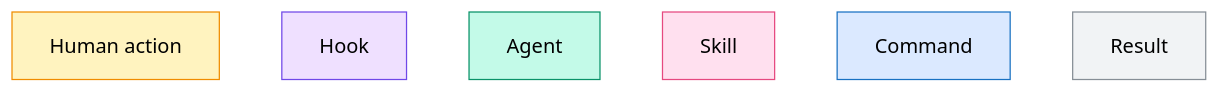
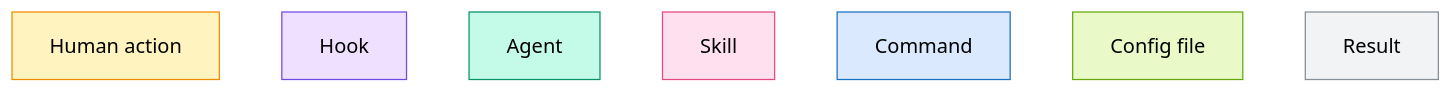
One commit to Juantomasgomez7/compliance-support changed the first of 2 diagrams in README.md. Above: the diagram before and after it, drawn with Mermaid. The commit also changed other lines of this file, not shown here.

First line of the commit message:
docs: add the AppSec-owned scope file to the architecture diagram

````diff
--- a/README.md
+++ b/README.md
@@ -62,10 +62,11 @@
 ```mermaid
 flowchart LR
     classDef human fill:#fff3bf,stroke:#f08c00,color:#000000
     classDef hook fill:#efe0ff,stroke:#7048e8,color:#000000
     classDef agent fill:#c3fae8,stroke:#099268,color:#000000
     classDef skill fill:#ffe0ef,stroke:#e64980,color:#000000
     classDef command fill:#dbe9ff,stroke:#1971c2,color:#000000
     classDef state fill:#f1f3f5,stroke:#868e96,color:#000000
-    k1["Human action"]:::human ~~~ k2["Hook"]:::hook ~~~ k3["Agent"]:::agent ~~~ k4["Skill"]:::skill ~~~ k5["Command"]:::command ~~~ k6["Result"]:::state
+    classDef config fill:#e9fac8,stroke:#66a80f,color:#000000
+    k1["Human action"]:::human ~~~ k2["Hook"]:::hook ~~~ k3["Agent"]:::agent ~~~ k4["Skill"]:::skill ~~~ k5["Command"]:::command ~~~ k6["Config file"]:::config ~~~ k7["Result"]:::state
 ```
````
